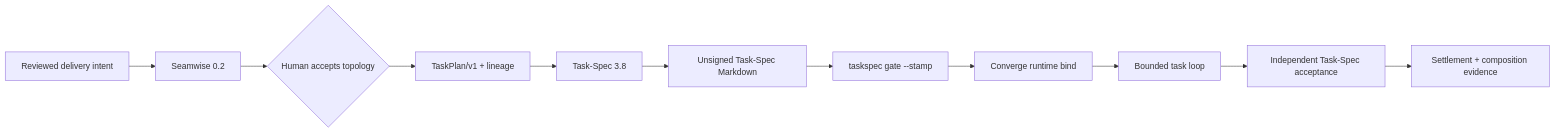
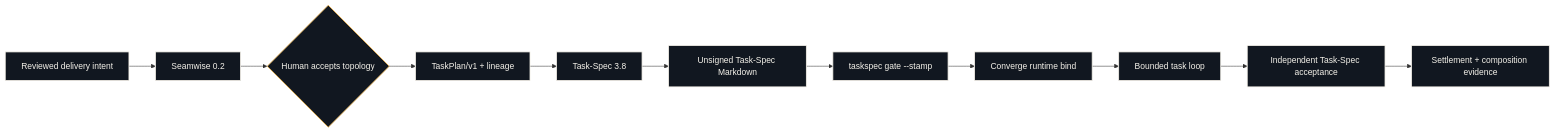
One commit to cb2204/converge changed the first of 2 diagrams in README.md. Above: the diagram before and after it, drawn with Mermaid. The commit also changed other lines of this file and 5 other files, not shown here.

````diff
--- a/README.md
+++ b/README.md
@@ -46,13 +26,18 @@
 ```mermaid
 flowchart LR
     I["Reviewed delivery intent"] --> S["Seamwise 0.2"]
     S --> R{"Human accepts topology"}
     R --> P["TaskPlan/v1 + lineage"]
     P --> T["Task-Spec 3.8"]
     T --> M["Unsigned Task-Spec Markdown"]
     M --> A["taskspec gate --stamp"]
     A --> B["Converge runtime bind"]
     B --> L["Bounded task loop"]
     L --> X["Independent Task-Spec acceptance"]
     X --> Z["Settlement + composition evidence"]
+
+    classDef design fill:#111720,stroke:#F5F2EA,color:#F5F2EA,stroke-width:1.5px;
+    classDef proof fill:#111720,stroke:#F3B64C,color:#F5F2EA,stroke-width:1.5px;
+    class I,S,P,T,M,A,B,L,X,Z design;
+    class R proof;
 ```
````
